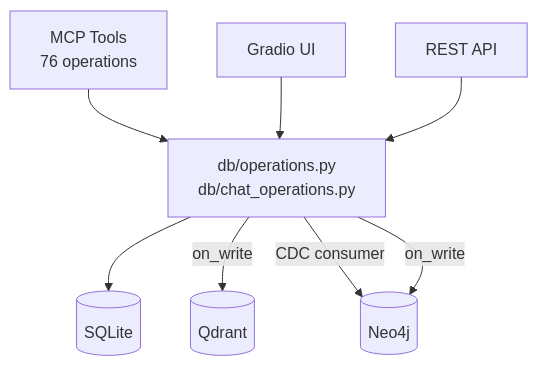
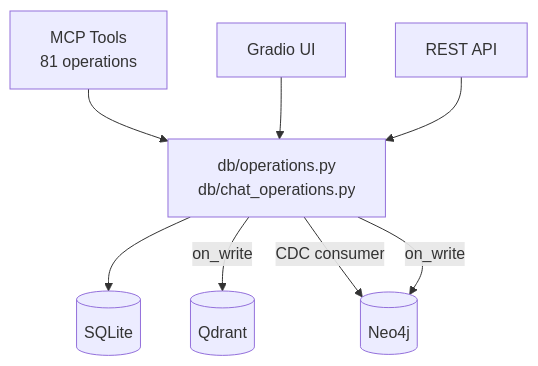
Before and after one commit to janat-llc/janatpmp: the second of 2 diagrams in README.md, drawn with Mermaid. The commit also changed other lines of this file and 9 other files, not shown here.

````diff
--- a/README.md
+++ b/README.md
@@ -42,10 +42,10 @@
 ```mermaid
 graph TB
-    MCP[MCP Tools<br/>76 operations] --> DB[db/operations.py<br/>db/chat_operations.py]
+    MCP[MCP Tools<br/>81 operations] --> DB[db/operations.py<br/>db/chat_operations.py]
     UI[Gradio UI] --> DB
     API[REST API] --> DB
     DB --> SQLite[(SQLite)]
     DB -->|on_write| Qdrant[(Qdrant)]
     DB -->|CDC consumer| Neo4j[(Neo4j)]
     DB -->|on_write| Neo4j
 ```
````
